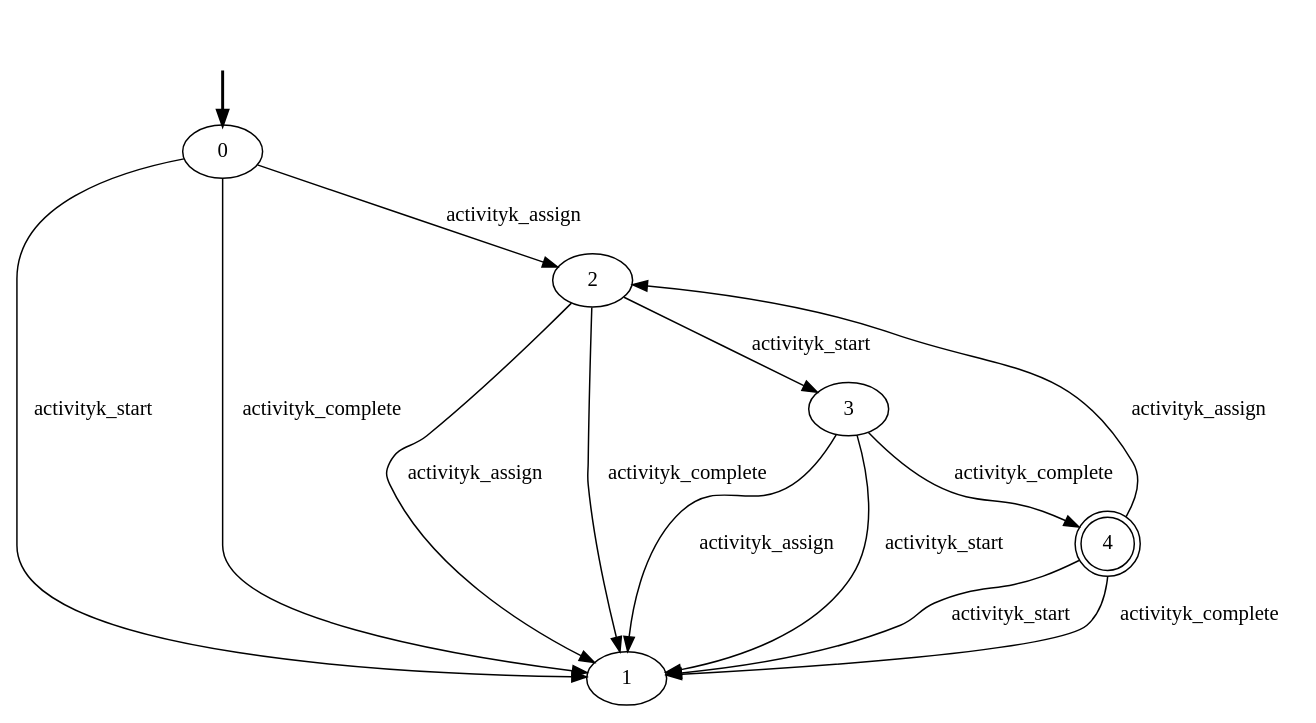
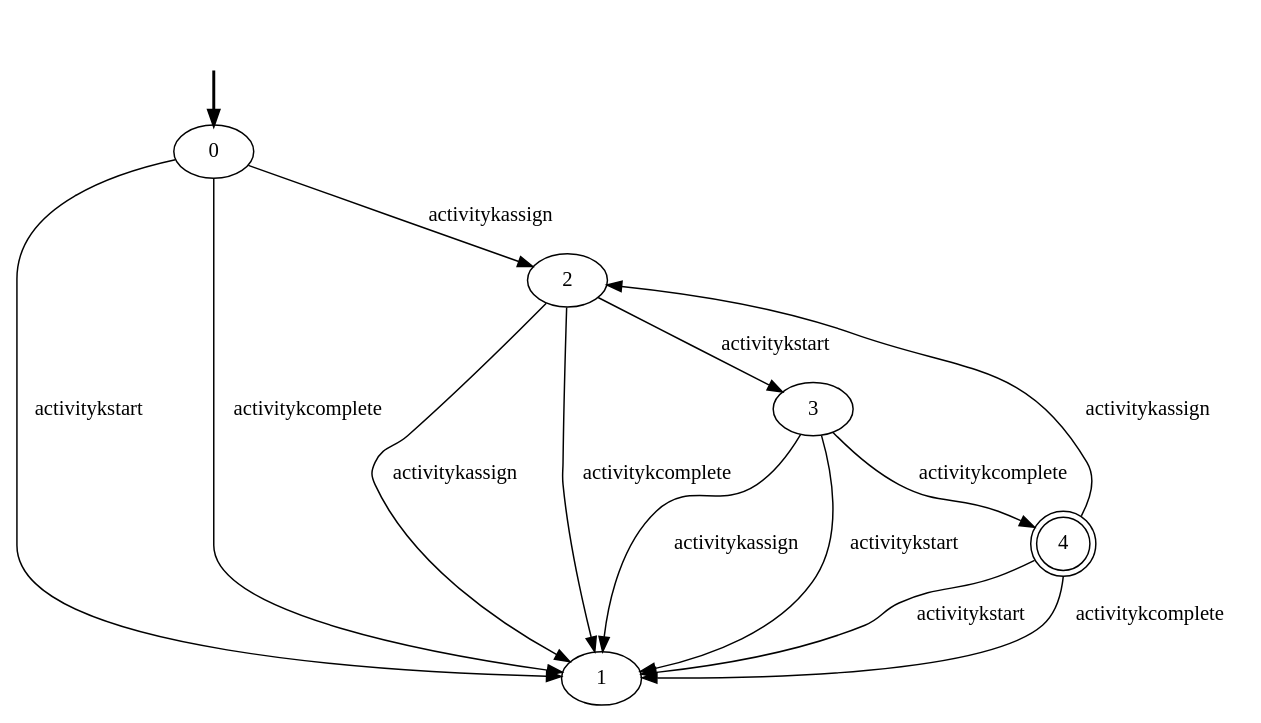
One commit to GianmarcoBordin/pddlTranslator changed the diagram in Plan-based_Data_Aware_Declarative_Conf_Checker/resources/declarative-models/Data-Aware/5-CONSTRAINTS/activityk_lifecycle.dot. Above: the diagram before and after it, drawn with Graphviz. The commit also changed 246 other files, not shown here.

```diff
--- a/Plan-based_Data_Aware_Declarative_Conf_Checker/resources/declarative-models/Data-Aware/5-CONSTRAINTS/activityk_lifecycle.dot
+++ b/Plan-based_Data_Aware_Declarative_Conf_Checker/resources/declarative-models/Data-Aware/5-CONSTRAINTS/activityk_lifecycle.dot
@@ -1,21 +1,21 @@
 digraph {
-		fake0 [style=invisible]
-		0 [root=true]
-		1
-		2
-		3
-		4 [shape=doublecircle]
-		fake0 -> 0 [style=bold]
-		2 -> 1 [label=activityk_assign]
-		2 -> 3 [label=activityk_start]
-		2 -> 1 [label=activityk_complete]
-		3 -> 1 [label=activityk_assign]
-		3 -> 1 [label=activityk_start]
-		3 -> 4 [label=activityk_complete]
-		4 -> 2 [label=activityk_assign]
-		4 -> 1 [label=activityk_start]
-		4 -> 1 [label=activityk_complete]
-		0 -> 2 [label=activityk_assign]
-		0 -> 1 [label=activityk_start]
-		0 -> 1 [label=activityk_complete]
+	fake0 [style=invisible]
+	0 [root=true]
+	1
+	2
+	3
+	4 [shape=doublecircle]
+	fake0 -> 0 [style=bold]
+	2 -> 1 [label=activitykassign]
+	2 -> 3 [label=activitykstart]
+	2 -> 1 [label=activitykcomplete]
+	3 -> 1 [label=activitykassign]
+	3 -> 1 [label=activitykstart]
+	3 -> 4 [label=activitykcomplete]
+	4 -> 2 [label=activitykassign]
+	4 -> 1 [label=activitykstart]
+	4 -> 1 [label=activitykcomplete]
+	0 -> 2 [label=activitykassign]
+	0 -> 1 [label=activitykstart]
+	0 -> 1 [label=activitykcomplete]
 }
```
